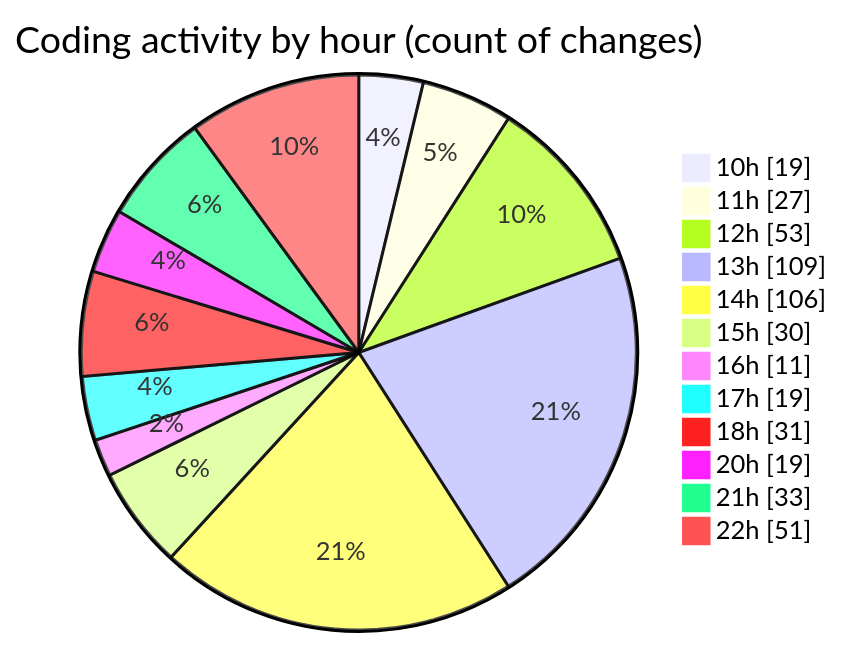
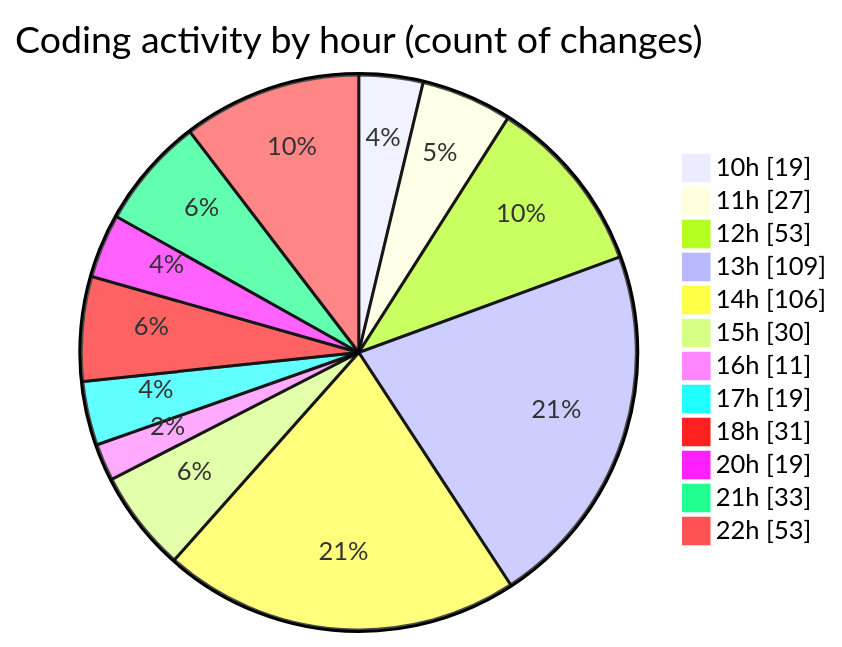
One commit to momahboobian/code-tracking changed the second of 2 diagrams in 2025-03-18/cda/README.md. Above: the diagram before and after it, drawn with Mermaid. The commit also changed other lines of this file and 1 other file, not shown here.

````diff
--- a/2025-03-18/cda/README.md
+++ b/2025-03-18/cda/README.md
@@ -46,16 +46,16 @@
 ```mermaid
 pie showData
 title Coding activity by hour (count of changes)
 "10h" : 19
 "11h" : 27
 "12h" : 53
 "13h" : 109
 "14h" : 106
 "15h" : 30
 "16h" : 11
 "17h" : 19
 "18h" : 31
 "20h" : 19
 "21h" : 33
-"22h" : 51
+"22h" : 53
 ```
````
